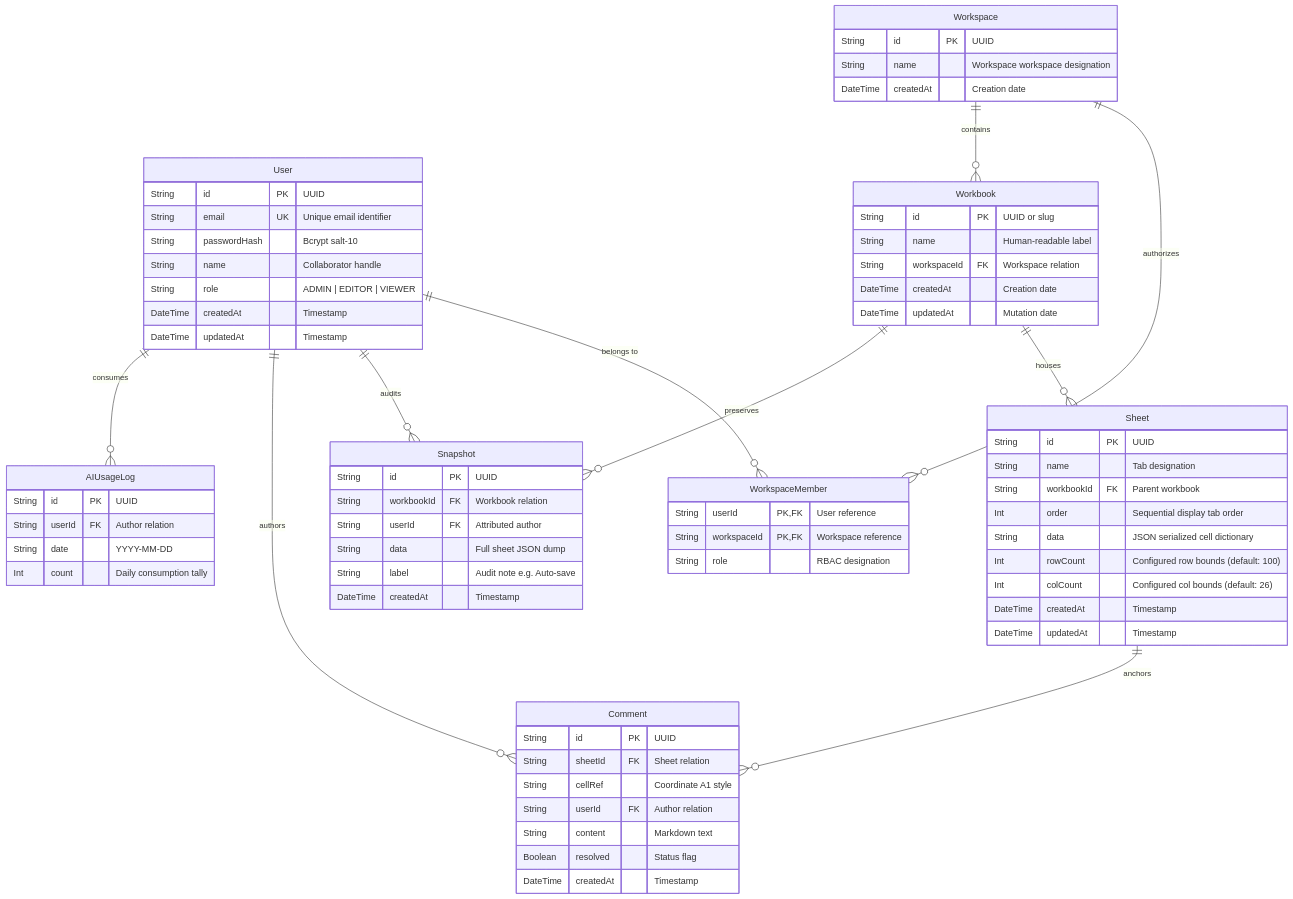
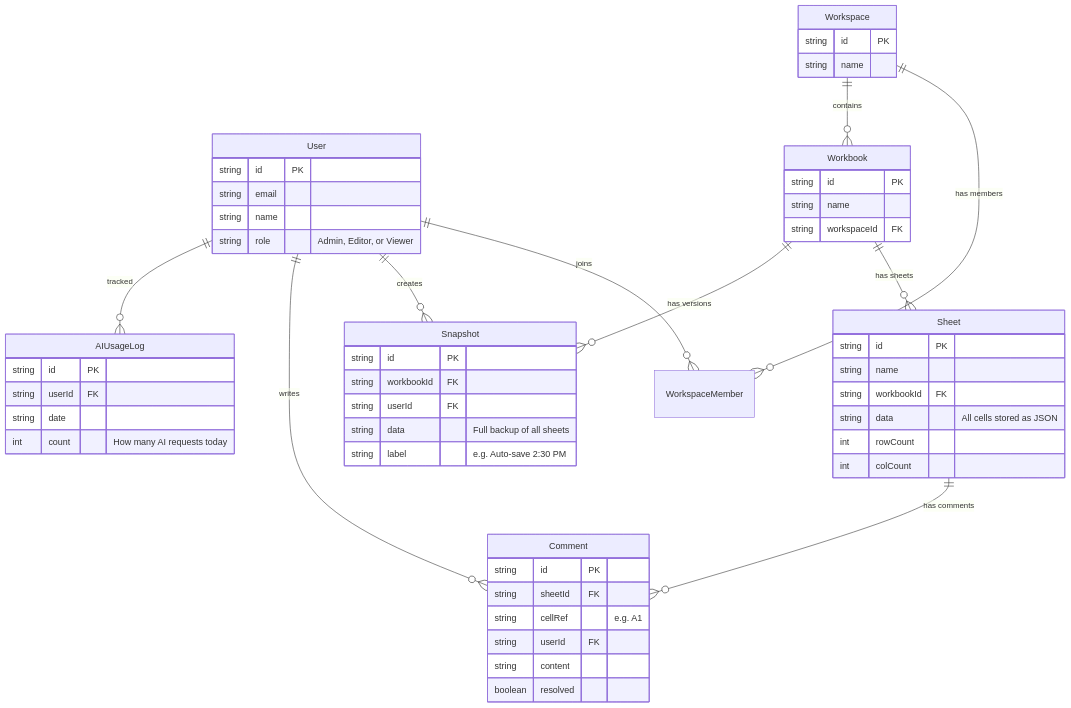
The third of 3 diagrams in README.md (narwal4421/dora-sheet), drawn with Mermaid before and after one commit. The commit also changed other lines of this file, not shown here.

````diff
--- a/README.md
+++ b/README.md
@@ -368,80 +338,63 @@
 ```mermaid
 erDiagram
-    User ||--o{ WorkspaceMember : "belongs to"
-    User ||--o{ Snapshot : "audits"
-    User ||--o{ Comment : "authors"
-    User ||--o{ AIUsageLog : "consumes"
-    Workspace ||--o{ WorkspaceMember : "authorizes"
+    User ||--o{ WorkspaceMember : "joins"
+    User ||--o{ Snapshot : "creates"
+    User ||--o{ Comment : "writes"
+    User ||--o{ AIUsageLog : "tracked"
+    Workspace ||--o{ WorkspaceMember : "has members"
     Workspace ||--o{ Workbook : "contains"
-    Workbook ||--o{ Sheet : "houses"
-    Workbook ||--o{ Snapshot : "preserves"
-    Sheet ||--o{ Comment : "anchors"
+    Workbook ||--o{ Sheet : "has sheets"
+    Workbook ||--o{ Snapshot : "has versions"
+    Sheet ||--o{ Comment : "has comments"
 
     User {
-        String id PK "UUID"
-        String email UK "Unique email identifier"
-        String passwordHash "Bcrypt salt-10"
-        String name "Collaborator handle"
-        String role "ADMIN | EDITOR | VIEWER"
-        DateTime createdAt "Timestamp"
-        DateTime updatedAt "Timestamp"
+        string id PK
+        string email
+        string name
+        string role "Admin, Editor, or Viewer"
     }
 
     Workspace {
-        String id PK "UUID"
-        String name "Workspace workspace designation"
-        DateTime createdAt "Creation date"
-    }
-
-    WorkspaceMember {
-        String userId PK,FK "User reference"
-        String workspaceId PK,FK "Workspace reference"
-        String role "RBAC designation"
+        string id PK
+        string name
     }
 
     Workbook {
-        String id PK "UUID or slug"
-        String name "Human-readable label"
-        String workspaceId FK "Workspace relation"
-        DateTime createdAt "Creation date"
-        DateTime updatedAt "Mutation date"
+        string id PK
+        string name
+        string workspaceId FK
     }
 
     Sheet {
-        String id PK "UUID"
-        String name "Tab designation"
-        String workbookId FK "Parent workbook"
-        Int order "Sequential display tab order"
-        String data "JSON serialized cell dictionary"
-        Int rowCount "Configured row bounds (default: 100)"
-        Int colCount "Configured col bounds (default: 26)"
-        DateTime createdAt "Timestamp"
-        DateTime updatedAt "Timestamp"
+        string id PK
+        string name
+        string workbookId FK
+        string data "All cells stored as JSON"
+        int rowCount
+        int colCount
     }
 
     Snapshot {
-        String id PK "UUID"
-        String workbookId FK "Workbook relation"
-        String userId FK "Attributed author"
-        String data "Full sheet JSON dump"
-        String label "Audit note e.g. Auto-save"
-        DateTime createdAt "Timestamp"
+        string id PK
+        string workbookId FK
+        string userId FK
+        string data "Full backup of all sheets"
+        string label "e.g. Auto-save 2:30 PM"
     }
 
     Comment {
-        String id PK "UUID"
-        String sheetId FK "Sheet relation"
-        String cellRef "Coordinate A1 style"
-        String userId FK "Author relation"
-        String content "Markdown text"
-        Boolean resolved "Status flag"
-        DateTime createdAt "Timestamp"
+        string id PK
+        string sheetId FK
+        string cellRef "e.g. A1"
+        string userId FK
+        string content
+        boolean resolved
     }
 
     AIUsageLog {
-        String id PK "UUID"
-        String userId FK "Author relation"
-        String date "YYYY-MM-DD"
-        Int count "Daily consumption tally"
+        string id PK
+        string userId FK
+        string date
+        int count "How many AI requests today"
     }
 ```
````
